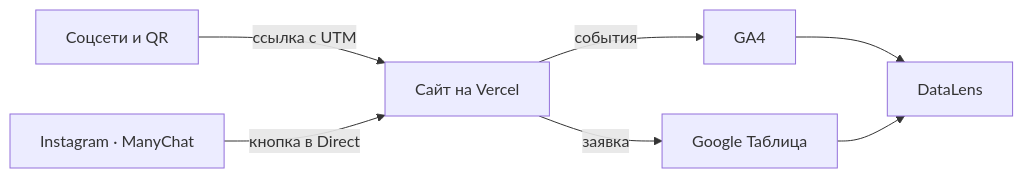
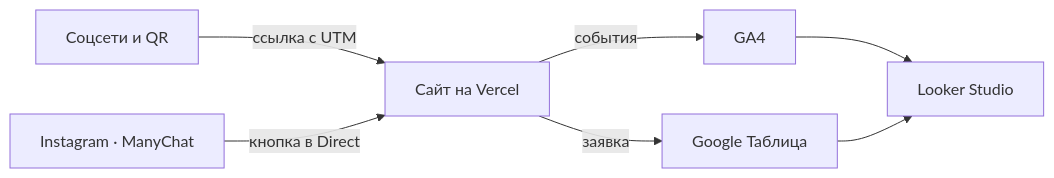
Before and after one commit to dazaipast/funnel-project: the diagram in kursovaya_rabota/shablon_opisanie.md, drawn with Mermaid. The commit also changed other lines of this file and 3 other files, not shown here.

````diff
--- a/kursovaya_rabota/shablon_opisanie.md
+++ b/kursovaya_rabota/shablon_opisanie.md
@@ -34,9 +19,9 @@
 ```mermaid
 flowchart LR
   soc[Соцсети и QR] -->|ссылка с UTM| site[Сайт на Vercel]
   ig[Instagram · ManyChat] -->|кнопка в Direct| site
   site -->|события| ga[GA4]
   site -->|заявка| sh[Google Таблица]
-  ga --> dl[DataLens]
-  sh --> dl
+  ga --> ls[Looker Studio]
+  sh --> ls
 ```
````
